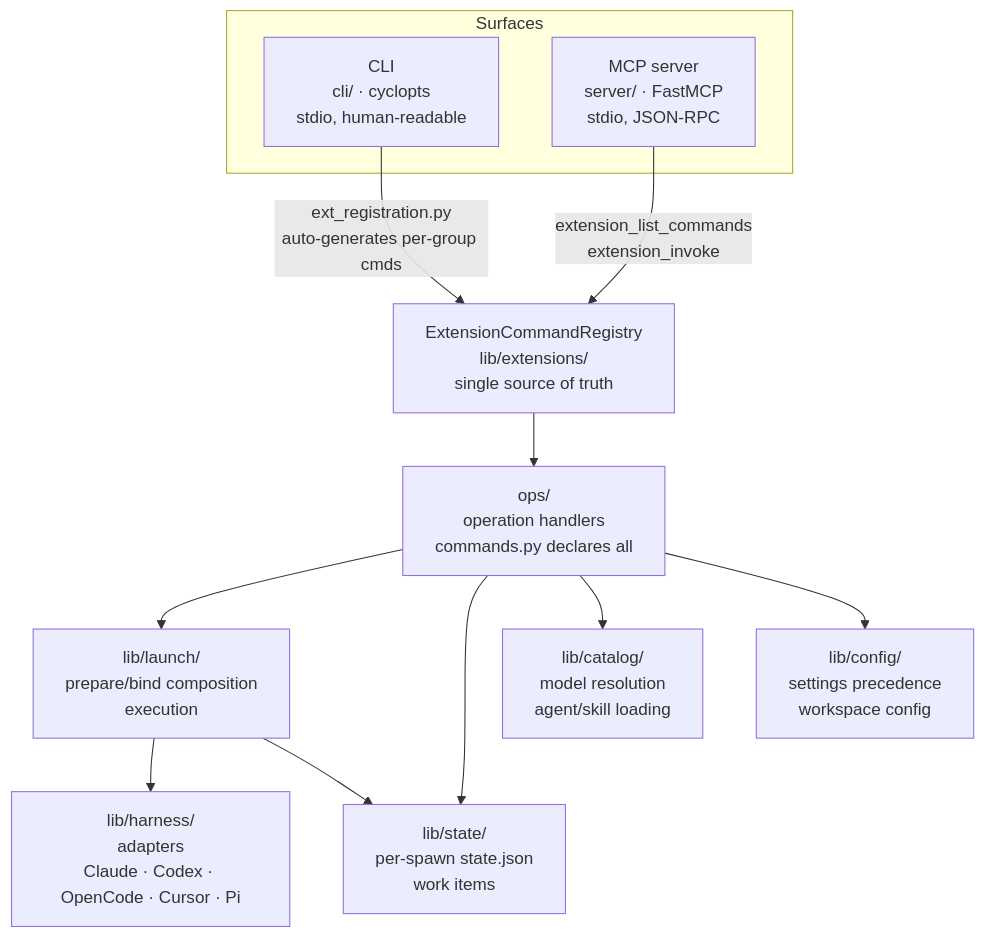
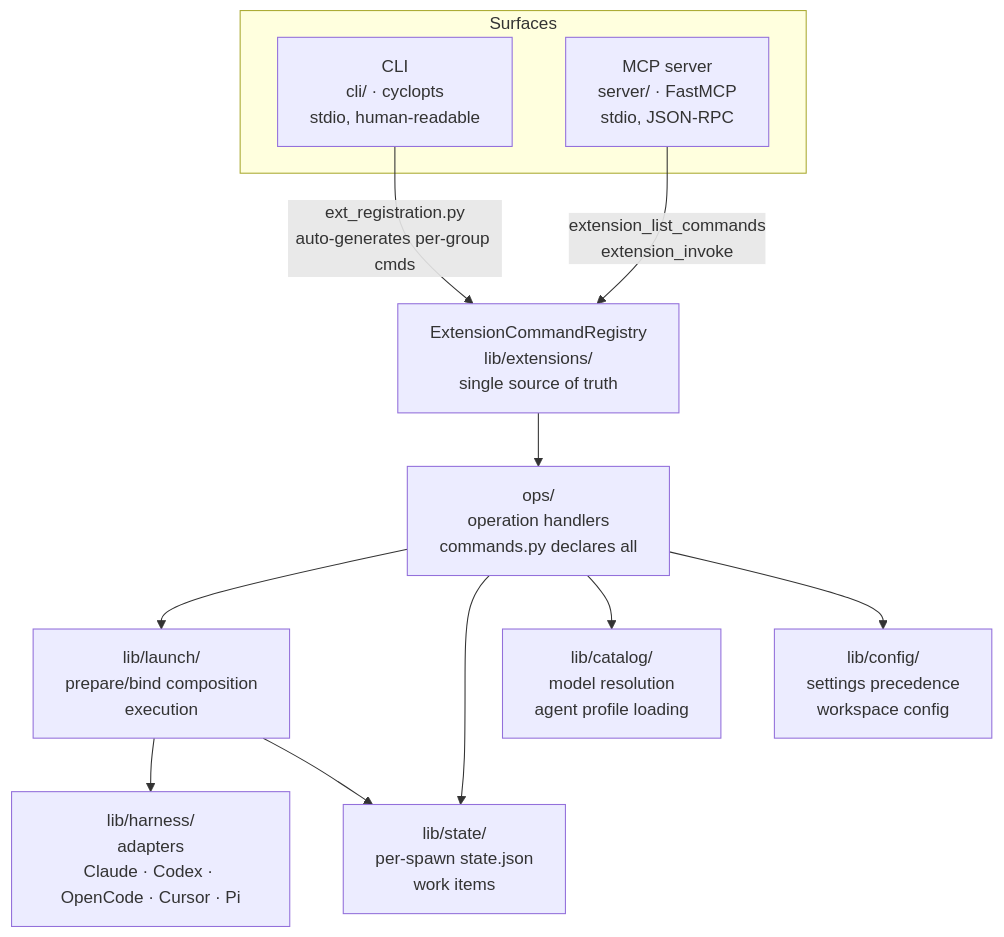
One commit to haowjy/meridian-cli-kb changed the first of 3 diagrams in kb/architecture/system-overview.md. Above: the diagram before and after it, drawn with Mermaid. The commit also changed 7 other files, not shown here.

````diff
--- a/kb/architecture/system-overview.md
+++ b/kb/architecture/system-overview.md
@@ -7,22 +7,22 @@
 ```mermaid
 graph TD
     subgraph Surfaces
         CLI["CLI\ncli/ · cyclopts\nstdio, human-readable"]
         MCP["MCP server\nserver/ · FastMCP\nstdio, JSON-RPC"]
     end
 
     REGISTRY["ExtensionCommandRegistry\nlib/extensions/\nsingle source of truth"]
 
     CLI -->|"ext_registration.py\nauto-generates per-group cmds"| REGISTRY
     MCP -->|"extension_list_commands\nextension_invoke"| REGISTRY
 
     REGISTRY --> OPS["ops/\noperation handlers\ncommands.py declares all"]
 
     OPS --> LAUNCH["lib/launch/\nprepare/bind composition\nexecution"]
     OPS --> STATE["lib/state/\nper-spawn state.json\nwork items"]
-    OPS --> CATALOG["lib/catalog/\nmodel resolution\nagent/skill loading"]
+    OPS --> CATALOG["lib/catalog/\nmodel resolution\nagent profile loading"]
     OPS --> CONFIG["lib/config/\nsettings precedence\nworkspace config"]
 
     LAUNCH --> HARNESS["lib/harness/\nadapters\nClaude · Codex · OpenCode · Cursor · Pi"]
     LAUNCH --> STATE
 ```
````
